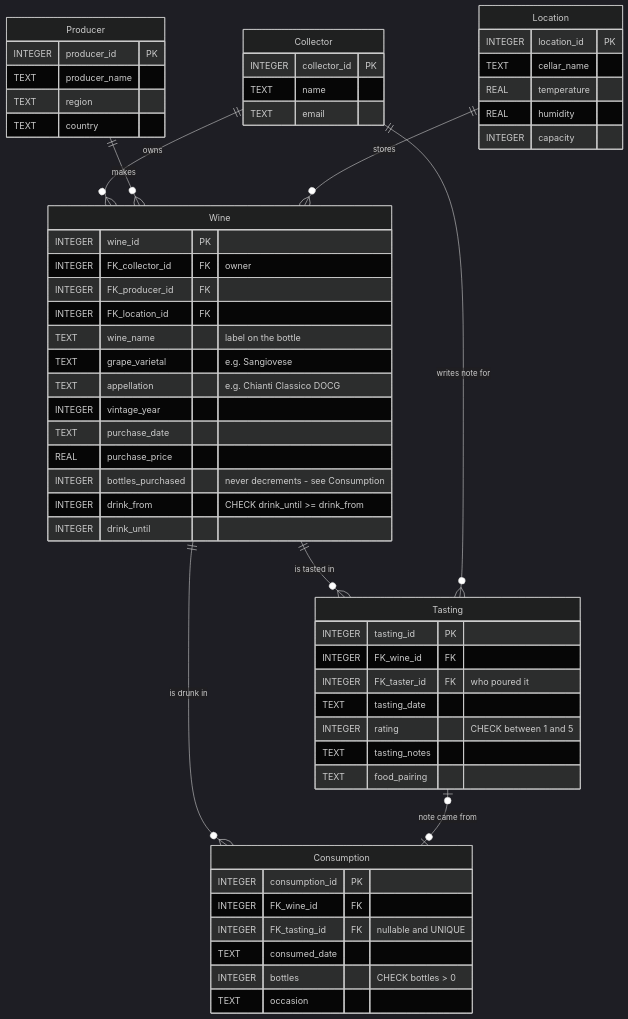
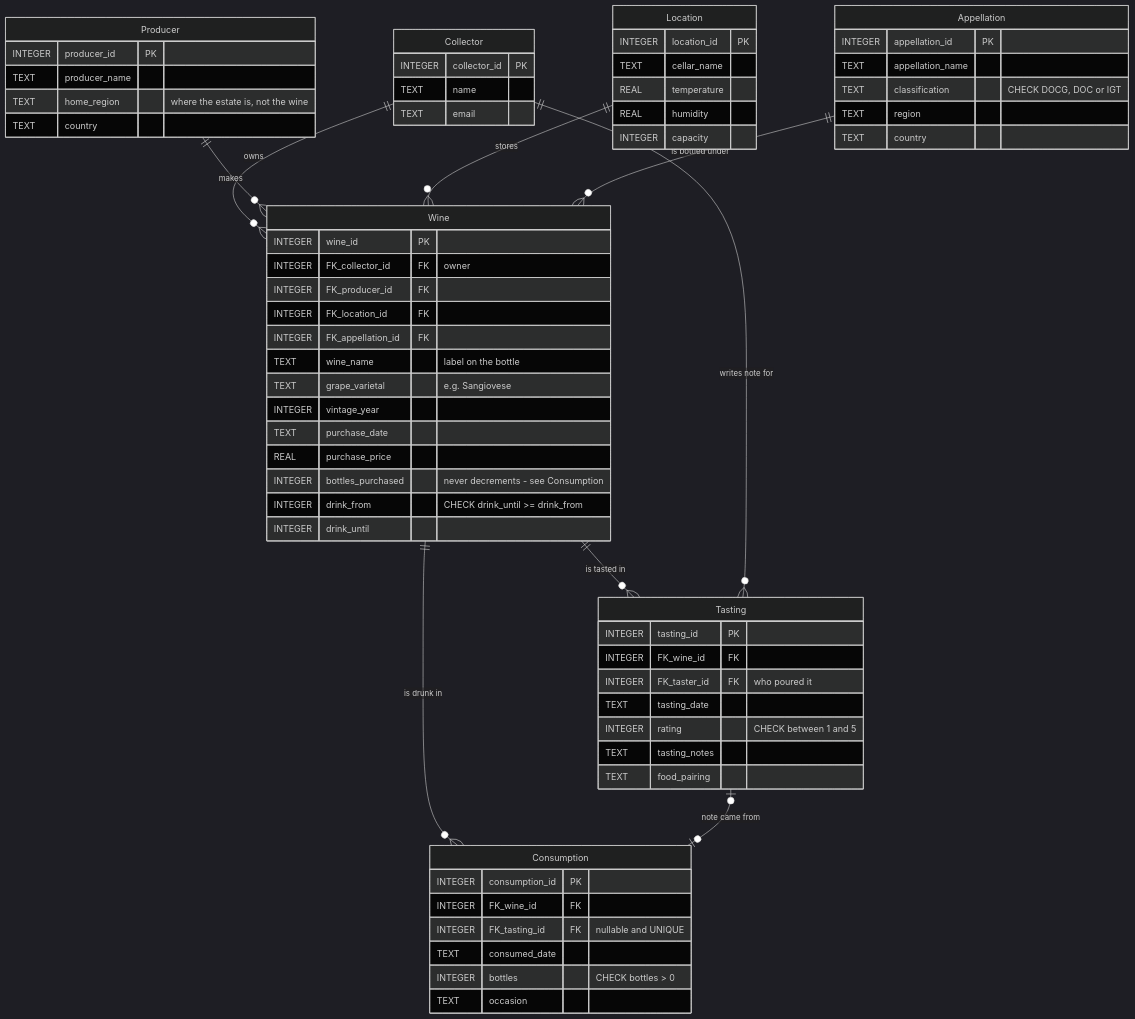
Before and after one commit to liciazheng/wine-cellar-management-system: the diagram in README.md, drawn with Mermaid (dark theme). The commit also changed other lines of this file and 5 other files, not shown here.

First line of the commit message:
Give appellations their own table and stop reading region off the producer

````diff
--- a/README.md
+++ b/README.md
@@ -30,66 +31,75 @@
 ```mermaid
 erDiagram
-    Collector ||--o{ Wine        : owns
-    Producer  ||--o{ Wine        : makes
-    Location  ||--o{ Wine        : stores
-    Wine      ||--o{ Tasting     : "is tasted in"
-    Collector ||--o{ Tasting     : "writes note for"
-    Wine      ||--o{ Consumption : "is drunk in"
-    Tasting   |o--o| Consumption : "note came from"
+    Collector   ||--o{ Wine        : owns
+    Producer    ||--o{ Wine        : makes
+    Location    ||--o{ Wine        : stores
+    Appellation ||--o{ Wine        : "is bottled under"
+    Wine        ||--o{ Tasting     : "is tasted in"
+    Collector   ||--o{ Tasting     : "writes note for"
+    Wine        ||--o{ Consumption : "is drunk in"
+    Tasting     |o--o| Consumption : "note came from"
 
     Collector {
         INTEGER collector_id PK
         TEXT    name
         TEXT    email
     }
 
     Producer {
         INTEGER producer_id   PK
         TEXT    producer_name
+        TEXT    home_region      "where the estate is, not the wine"
+        TEXT    country
+    }
+
+    Appellation {
+        INTEGER appellation_id   PK
+        TEXT    appellation_name
+        TEXT    classification      "CHECK DOCG, DOC or IGT"
         TEXT    region
         TEXT    country
     }
 
     Location {
         INTEGER location_id PK
         TEXT    cellar_name
         REAL    temperature
         REAL    humidity
         INTEGER capacity
     }
 
     Wine {
-        INTEGER wine_id         PK
-        INTEGER FK_collector_id FK "owner"
-        INTEGER FK_producer_id  FK
-        INTEGER FK_location_id  FK
-        TEXT    wine_name          "label on the bottle"
-        TEXT    grape_varietal     "e.g. Sangiovese"
-        TEXT    appellation        "e.g. Chianti Classico DOCG"
+        INTEGER wine_id           PK
+        INTEGER FK_collector_id   FK "owner"
+        INTEGER FK_producer_id    FK
+        INTEGER FK_location_id    FK
+        INTEGER FK_appellation_id FK
+        TEXT    wine_name            "label on the bottle"
+        TEXT    grape_varietal       "e.g. Sangiovese"
         INTEGER vintage_year
         TEXT    purchase_date
         REAL    purchase_price
-        INTEGER bottles_purchased  "never decrements - see Consumption"
-        INTEGER drink_from         "CHECK drink_until >= drink_from"
+        INTEGER bottles_purchased    "never decrements - see Consumption"
+        INTEGER drink_from           "CHECK drink_until >= drink_from"
         INTEGER drink_until
     }
 
     Tasting {
         INTEGER tasting_id   PK
         INTEGER FK_wine_id   FK
         INTEGER FK_taster_id FK "who poured it"
         TEXT    tasting_date
         INTEGER rating          "CHECK between 1 and 5"
         TEXT    tasting_notes
         TEXT    food_pairing
     }
 
     Consumption {
         INTEGER consumption_id PK
         INTEGER FK_wine_id     FK
         INTEGER FK_tasting_id  FK "nullable and UNIQUE"
         TEXT    consumed_date
         INTEGER bottles           "CHECK bottles > 0"
         TEXT    occasion
     }
 ```
````
